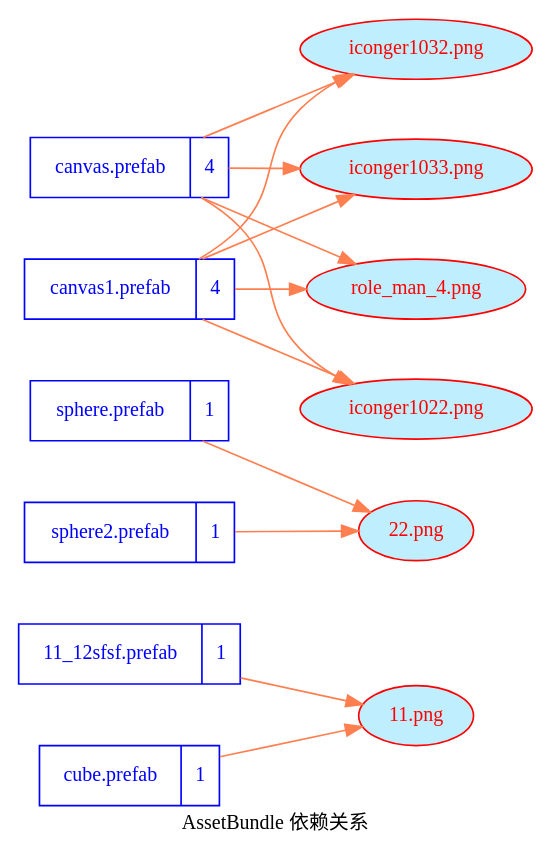
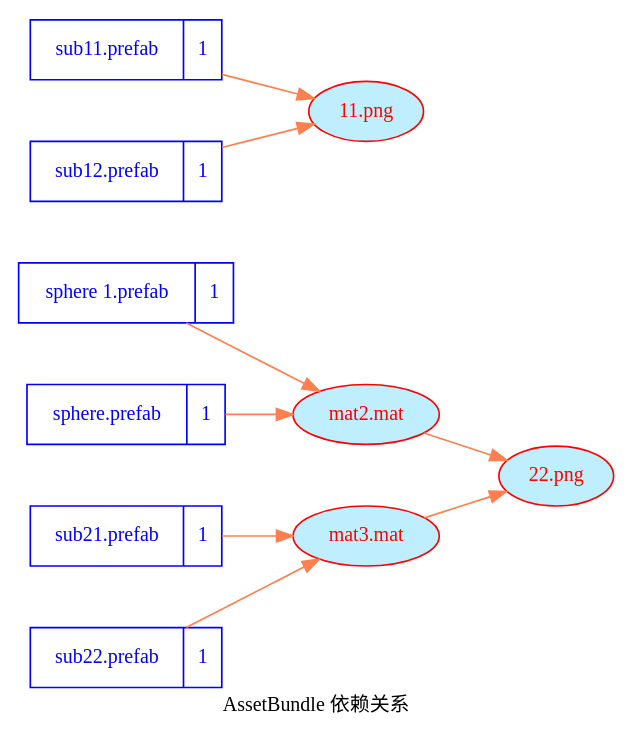
The diagram in Assets/StreamingAssets/AssetBundles/00dep.dot (songtm/ABSystem), drawn with Graphviz before and after one commit. The commit also changed 47 other files, not shown here.

```diff
--- a/Assets/StreamingAssets/AssetBundles/00dep.dot
+++ b/Assets/StreamingAssets/AssetBundles/00dep.dot
@@ -1,45 +1,37 @@
 digraph dep {
     fontname = "Microsoft YaHei";
     label = "AssetBundle 依赖关系"
     nodesep=0.5
     rankdir = "LR"
     fontsize = 12;
     node [ fontname = "Microsoft YaHei", fontsize = 12, shape = "record" color="skyblue"];
     edge [ fontname = "Microsoft YaHei", fontsize = 12 , color="coral"];
-	"11_12sfsf.prefab" [color="blue", fontcolor="blue", label="{<f0> 11_12sfsf.prefab |<f1> 1 }"]
-	"cube.prefab" [color="blue", fontcolor="blue", label="{<f0> cube.prefab |<f1> 1 }"]
+	"sphere 1.prefab" [color="blue", fontcolor="blue", label="{<f0> sphere 1.prefab |<f1> 1 }"]
 	"sphere.prefab" [color="blue", fontcolor="blue", label="{<f0> sphere.prefab |<f1> 1 }"]
-	"sphere2.prefab" [color="blue", fontcolor="blue", label="{<f0> sphere2.prefab |<f1> 1 }"]
-	"canvas.prefab" [color="blue", fontcolor="blue", label="{<f0> canvas.prefab |<f1> 4 }"]
-	"canvas1.prefab" [color="blue", fontcolor="blue", label="{<f0> canvas1.prefab |<f1> 4 }"]
+	"sub11.prefab" [color="blue", fontcolor="blue", label="{<f0> sub11.prefab |<f1> 1 }"]
+	"sub12.prefab" [color="blue", fontcolor="blue", label="{<f0> sub12.prefab |<f1> 1 }"]
+	"sub21.prefab" [color="blue", fontcolor="blue", label="{<f0> sub21.prefab |<f1> 1 }"]
+	"sub22.prefab" [color="blue", fontcolor="blue", label="{<f0> sub22.prefab |<f1> 1 }"]
+	"mat2.mat" [color="red", fontcolor="red", shape="ellipse", fillcolor="lightblue1", style="filled"]
+	"22.png" [color="red", fontcolor="red", shape="ellipse", fillcolor="lightblue1", style="filled"]
 	"11.png" [color="red", fontcolor="red", shape="ellipse", fillcolor="lightblue1", style="filled"]
-	"22.png" [color="red", fontcolor="red", shape="ellipse", fillcolor="lightblue1", style="filled"]
-	"role_man_4.png" [color="red", fontcolor="red", shape="ellipse", fillcolor="lightblue1", style="filled"]
-	"iconger1022.png" [color="red", fontcolor="red", shape="ellipse", fillcolor="lightblue1", style="filled"]
-	"iconger1032.png" [color="red", fontcolor="red", shape="ellipse", fillcolor="lightblue1", style="filled"]
-	"iconger1033.png" [color="red", fontcolor="red", shape="ellipse", fillcolor="lightblue1", style="filled"]
-	"11_12sfsf.prefab"->"11.png"
+	"mat3.mat" [color="red", fontcolor="red", shape="ellipse", fillcolor="lightblue1", style="filled"]
+	"sphere 1.prefab"->"mat2.mat"
 
-	"cube.prefab"->"11.png"
+	"sphere.prefab"->"mat2.mat"
 
-	"sphere.prefab"->"22.png"
+	"sub11.prefab"->"11.png"
 
-	"sphere2.prefab"->"22.png"
+	"sub12.prefab"->"11.png"
 
-	"canvas.prefab"->"role_man_4.png"
-	"canvas.prefab"->"iconger1022.png"
-	"canvas.prefab"->"iconger1032.png"
-	"canvas.prefab"->"iconger1033.png"
+	"sub21.prefab"->"mat3.mat"
 
-	"canvas1.prefab"->"role_man_4.png"
-	"canvas1.prefab"->"iconger1022.png"
-	"canvas1.prefab"->"iconger1032.png"
-	"canvas1.prefab"->"iconger1033.png"
+	"sub22.prefab"->"mat3.mat"
+
+	"mat2.mat"->"22.png"
 
 
 
-
-
-
+	"mat3.mat"->"22.png"
 
 }
```
